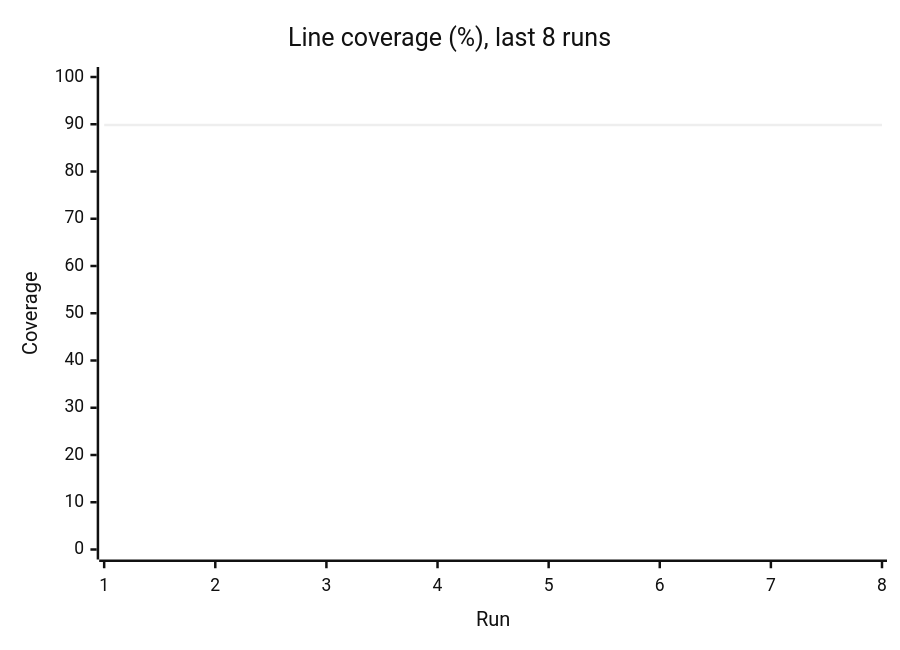
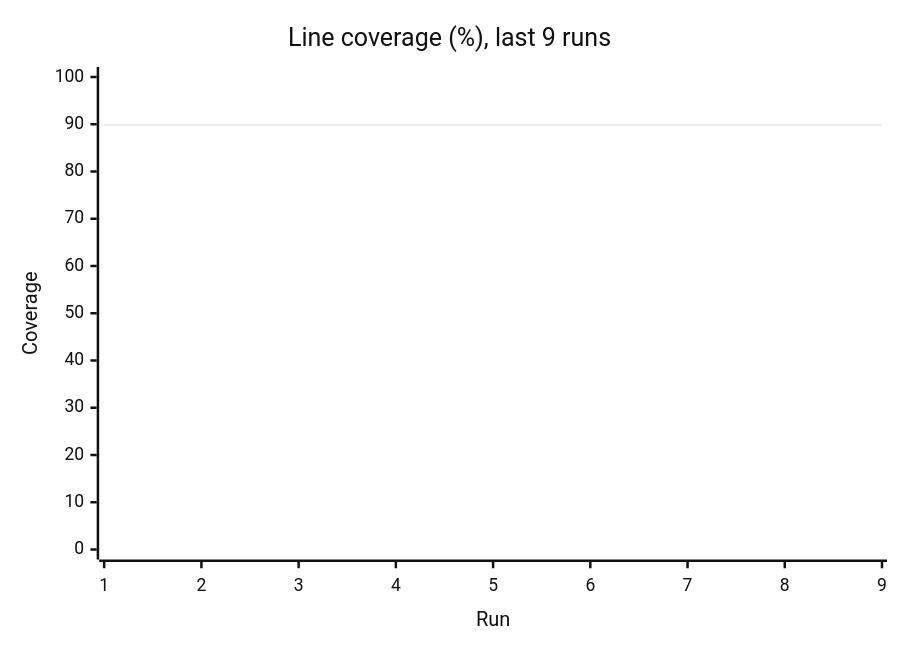
One commit to Shirojoufu/DORA-Metrics changed the third of 3 diagrams in reports/summary.md. Above: the diagram before and after it, drawn with Mermaid (neutral theme). The commit also changed other lines of this file and 5 other files, not shown here.

````diff
--- a/reports/summary.md
+++ b/reports/summary.md
@@ -33,7 +33,7 @@
 ```mermaid
 xychart-beta
-    title "Line coverage (%), last 8 runs"
-    x-axis "Run" [1, 2, 3, 4, 5, 6, 7, 8]
+    title "Line coverage (%), last 9 runs"
+    x-axis "Run" [1, 2, 3, 4, 5, 6, 7, 8, 9]
     y-axis "Coverage" 0 --> 100
-    line [89.82, 89.82, 89.82, 89.82, 89.82, 89.82, 89.82, 89.82]
+    line [89.82, 89.82, 89.82, 89.82, 89.82, 89.82, 89.82, 89.82, 89.82]
 ```
````
